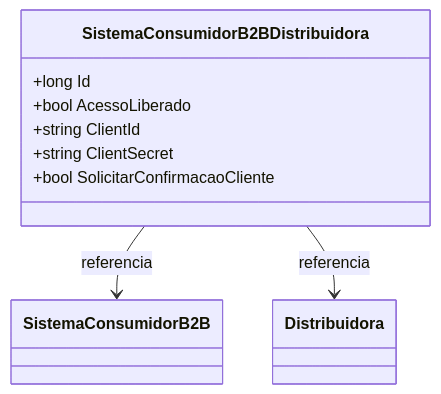
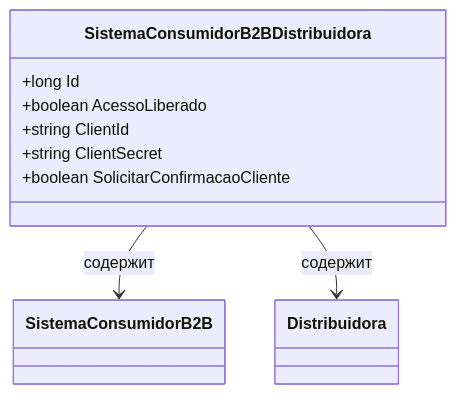
Before and after one commit to IsthmusSistemas/documentacao-tecnica: the diagram in docs/b2b-dominio/IsthmusWinthor.Nucleo/IsthmusWinthor.Dominio/Entidades/SistemaConsumidorB2BDistribuidora.md, drawn with Mermaid. The commit also changed other lines of this file and 882 other files, not shown here.

````diff
--- a/docs/b2b-dominio/IsthmusWinthor.Nucleo/IsthmusWinthor.Dominio/Entidades/SistemaConsumidorB2BDistribuidora.md
+++ b/docs/b2b-dominio/IsthmusWinthor.Nucleo/IsthmusWinthor.Dominio/Entidades/SistemaConsumidorB2BDistribuidora.md
@@ -23,12 +22,17 @@
 ```mermaid
 classDiagram
     class SistemaConsumidorB2BDistribuidora {
         +long Id
-        +bool AcessoLiberado
+        +boolean AcessoLiberado
         +string ClientId
         +string ClientSecret
-        +bool SolicitarConfirmacaoCliente
+        +boolean SolicitarConfirmacaoCliente
     }
-    SistemaConsumidorB2BDistribuidora --> SistemaConsumidorB2B: referencia
-    SistemaConsumidorB2BDistribuidora --> Distribuidora: referencia
+    class SistemaConsumidorB2B {
+    }
+    class Distribuidora {
+    }
+
+    SistemaConsumidorB2BDistribuidora --> SistemaConsumidorB2B : содержит
+    SistemaConsumidorB2BDistribuidora --> Distribuidora : содержит
 ```
````
